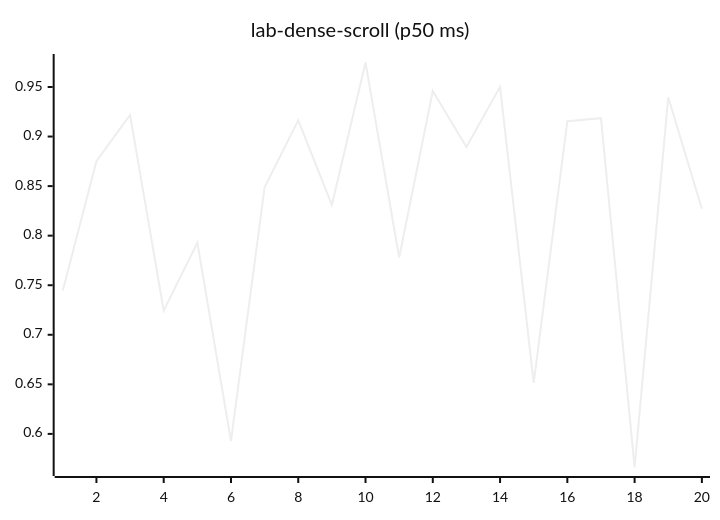
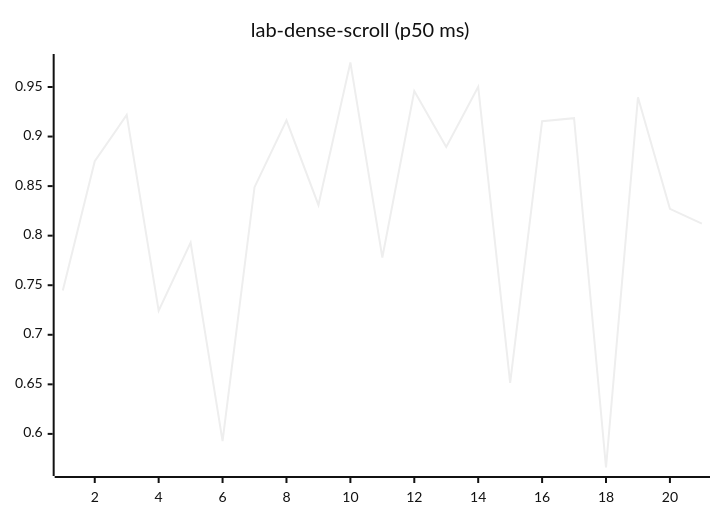
One commit to josha/Facet changed diagram 12 of 27 in README.md. Above: the diagram before and after it, drawn with Mermaid (neutral theme). The commit also changed other lines of this file and 2 other files, not shown here.

````diff
--- a/README.md
+++ b/README.md
@@ -140,6 +140,6 @@
 ```mermaid
 xychart-beta
     title "lab-dense-scroll (p50 ms)"
-    x-axis 1 --> 20
-    line [0.7446, 0.8751, 0.9218, 0.7244, 0.7929, 0.5928, 0.8489, 0.9164, 0.8310, 0.9747, 0.7780, 0.9459, 0.8894, 0.9501, 0.6514, 0.9155, 0.9185, 0.5661, 0.9396, 0.8271]
+    x-axis 1 --> 21
+    line [0.7446, 0.8751, 0.9218, 0.7244, 0.7929, 0.5928, 0.8489, 0.9164, 0.8310, 0.9747, 0.7780, 0.9459, 0.8894, 0.9501, 0.6514, 0.9155, 0.9185, 0.5661, 0.9396, 0.8271, 0.8121]
 ```
````
